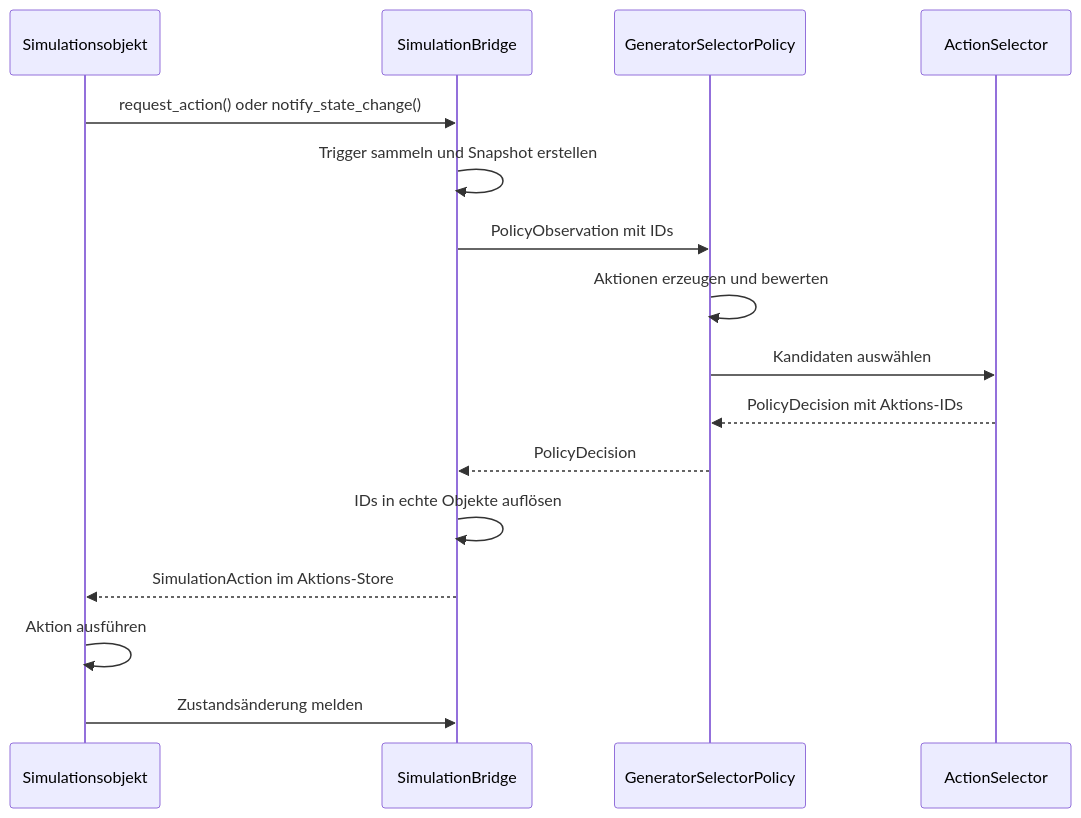
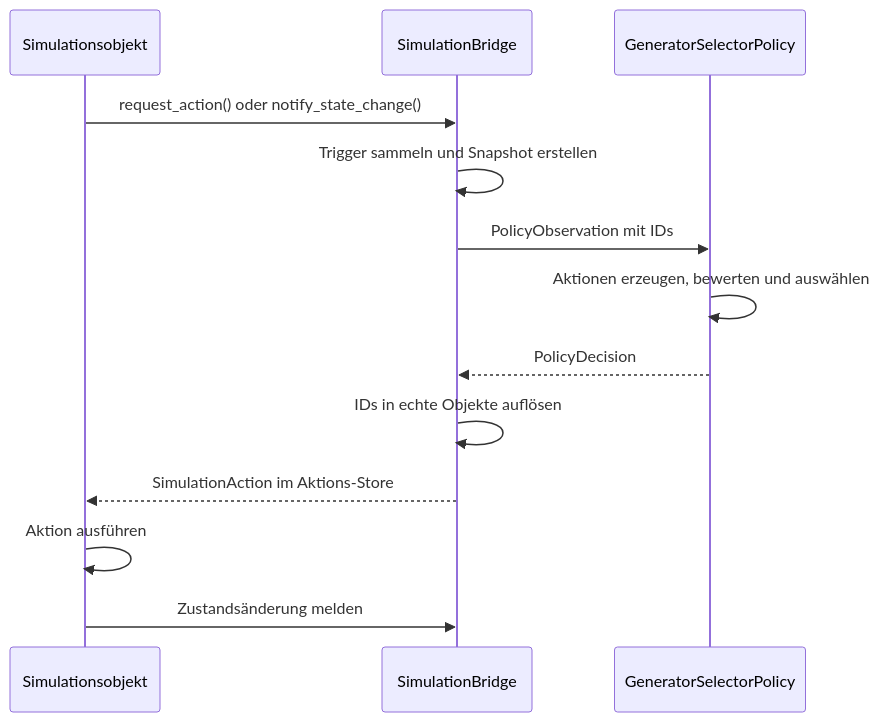
Before and after one commit to ghackenberg/SpineML: the fourth of 13 diagrams in README.md, drawn with Mermaid.

Commit message:
Simplify policy sequence diagram

````diff
--- a/README.md
+++ b/README.md
@@ -559,19 +559,16 @@
 ```mermaid
 sequenceDiagram
     participant Sim as Simulationsobjekt
     participant Bridge as SimulationBridge
     participant Policy as GeneratorSelectorPolicy
-    participant Selector as ActionSelector
 
     Sim->>Bridge: request_action() oder notify_state_change()
     Bridge->>Bridge: Trigger sammeln und Snapshot erstellen
     Bridge->>Policy: PolicyObservation mit IDs
-    Policy->>Policy: Aktionen erzeugen und bewerten
-    Policy->>Selector: Kandidaten auswählen
-    Selector-->>Policy: PolicyDecision mit Aktions-IDs
+    Policy->>Policy: Aktionen erzeugen, bewerten und auswählen
     Policy-->>Bridge: PolicyDecision
     Bridge->>Bridge: IDs in echte Objekte auflösen
     Bridge-->>Sim: SimulationAction im Aktions-Store
     Sim->>Sim: Aktion ausführen
     Sim->>Bridge: Zustandsänderung melden
 ```
````
